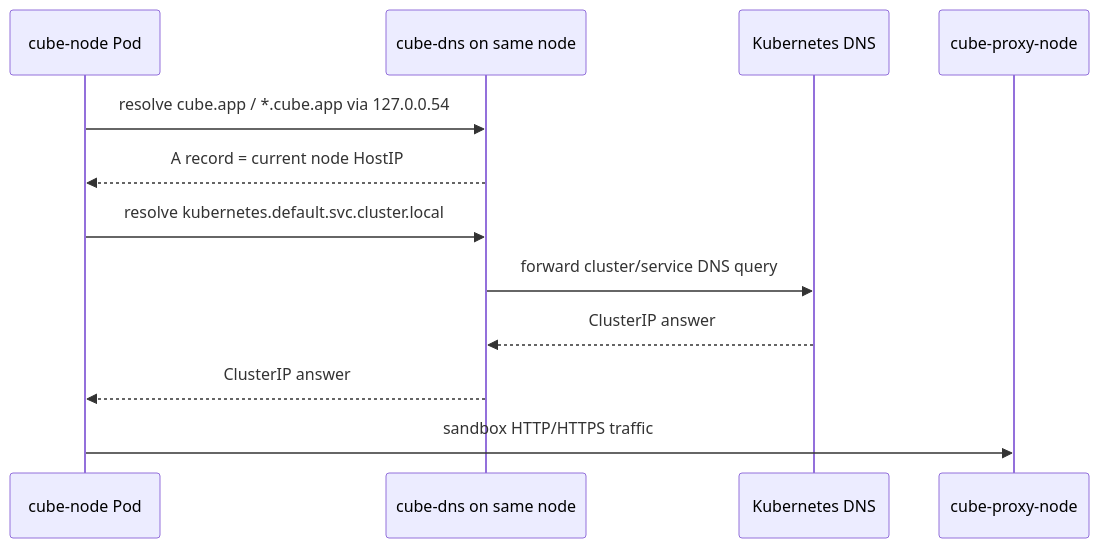
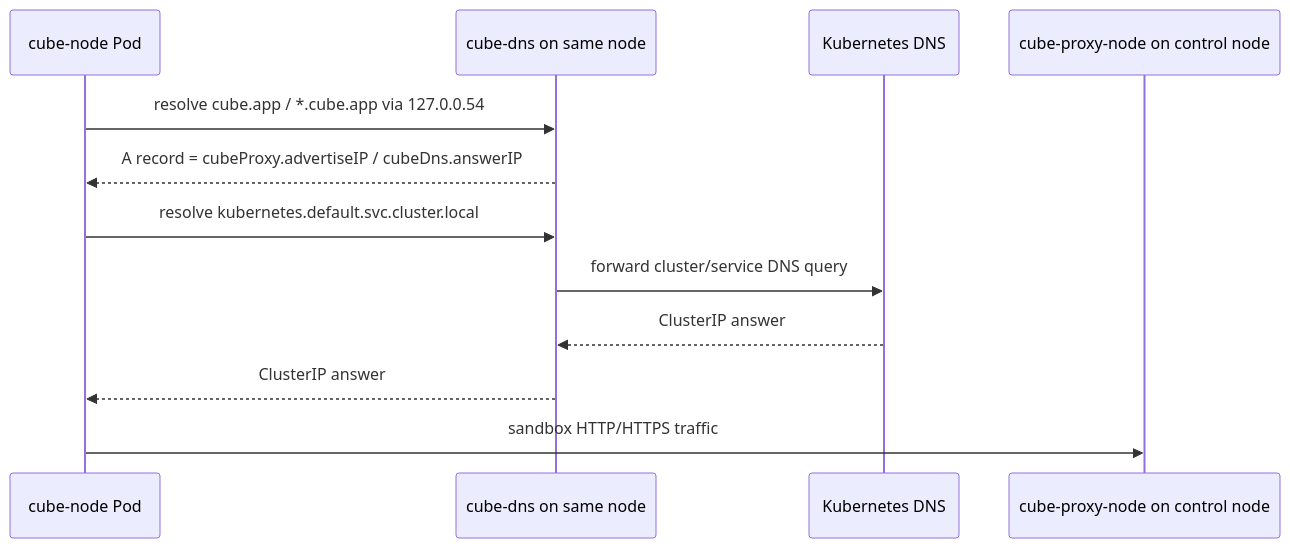
One commit to pavlelee/CubeSandbox changed the second of 11 diagrams in deploy/kubernetes/chart/docs/ARCHITECTURE.md. Above: the diagram before and after it, drawn with Mermaid. The commit also changed other lines of this file and 20 other files, not shown here.

Commit message:
feat(kubernetes): align chart deployment layout

````diff
--- a/deploy/kubernetes/chart/docs/ARCHITECTURE.md
+++ b/deploy/kubernetes/chart/docs/ARCHITECTURE.md
@@ -139,15 +140,15 @@
 ```mermaid
 sequenceDiagram
   participant CN as cube-node Pod
   participant DNS as cube-dns on same node
   participant KDNS as Kubernetes DNS
-  participant PX as cube-proxy-node
+  participant PX as cube-proxy-node on control node
 
   CN->>DNS: resolve cube.app / *.cube.app via 127.0.0.54
-  DNS-->>CN: A record = current node HostIP
+  DNS-->>CN: A record = cubeProxy.advertiseIP / cubeDns.answerIP
   CN->>DNS: resolve kubernetes.default.svc.cluster.local
   DNS->>KDNS: forward cluster/service DNS query
   KDNS-->>DNS: ClusterIP answer
   DNS-->>CN: ClusterIP answer
   CN->>PX: sandbox HTTP/HTTPS traffic
 ```
````
